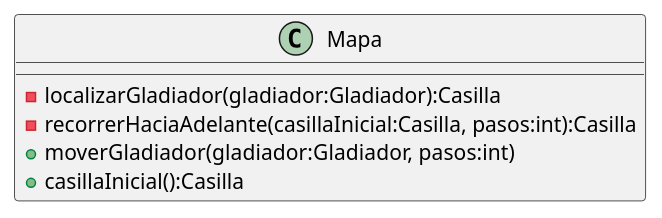
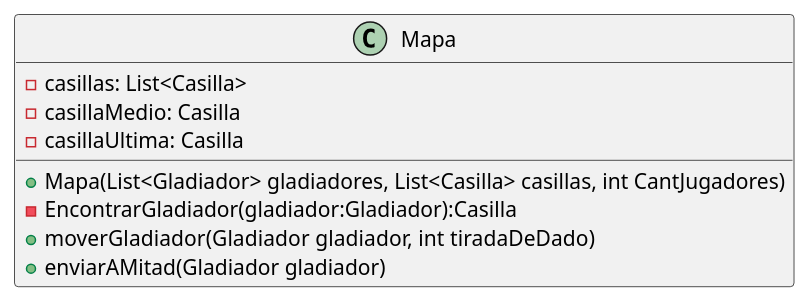
Before and after one commit to mcumskov/Algo3_tp2: the diagram in diagrams/clases/clase_mapa.plantuml, drawn with PlantUML. The commit also changed 32 other files, not shown here.

Commit message:
refactor casilla, actualizacion de los diagramas de clases

```diff
--- a/diagrams/clases/clase_mapa.plantuml
+++ b/diagrams/clases/clase_mapa.plantuml
@@ -1,8 +1,11 @@
 @startuml
 class Mapa {
-    - localizarGladiador(gladiador:Gladiador):Casilla
-    - recorrerHaciaAdelante(casillaInicial:Casilla, pasos:int):Casilla
-    + moverGladiador(gladiador:Gladiador, pasos:int)
-    + casillaInicial():Casilla
+    - casillas: List<Casilla>
+    - casillaMedio: Casilla
+    - casillaUltima: Casilla
+    + Mapa(List<Gladiador> gladiadores, List<Casilla> casillas, int CantJugadores)
+    - EncontrarGladiador(gladiador:Gladiador):Casilla
+    + moverGladiador(Gladiador gladiador, int tiradaDeDado)
+    + enviarAMitad(Gladiador gladiador)
 }
 @enduml
```
